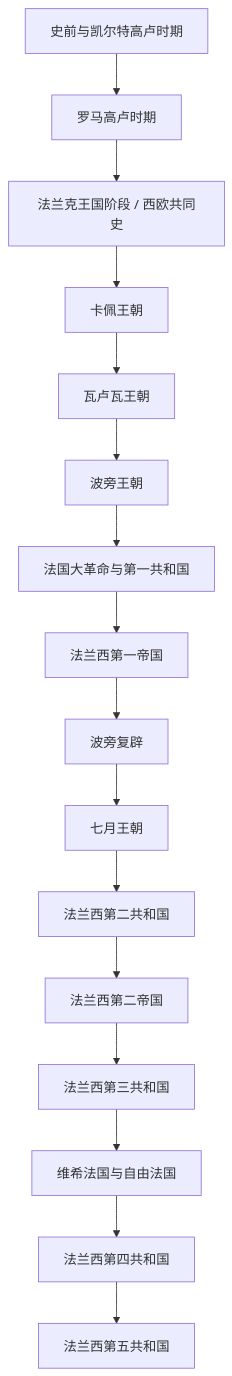
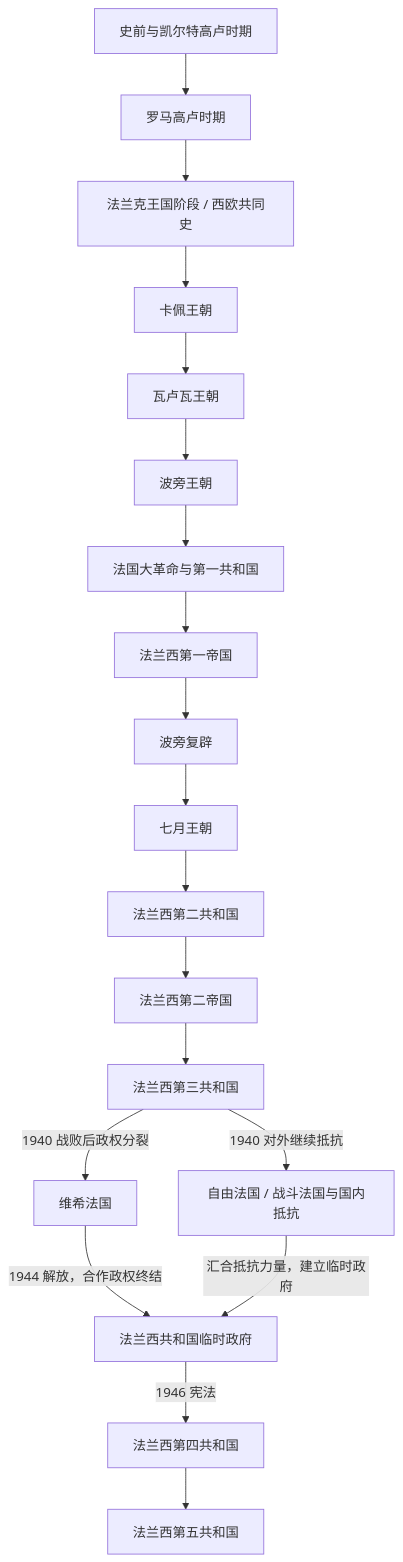
One commit to tianlan-dev/learning-notes changed the diagram in 人文科学/历史/欧洲/法国/README.md. Above: the diagram before and after it, drawn with Mermaid. The commit also changed other lines of this file and 159 other files, not shown here.

````diff
--- a/人文科学/历史/欧洲/法国/README.md
+++ b/人文科学/历史/欧洲/法国/README.md
@@ -7,34 +13,39 @@
 ```mermaid
 flowchart TD
     N0["史前与凯尔特高卢时期"]
     N1["罗马高卢时期"]
     N2["法兰克王国阶段 / 西欧共同史"]
     N3["卡佩王朝"]
     N4["瓦卢瓦王朝"]
     N5["波旁王朝"]
     N6["法国大革命与第一共和国"]
     N7["法兰西第一帝国"]
     N8["波旁复辟"]
     N9["七月王朝"]
     N10["法兰西第二共和国"]
     N11["法兰西第二帝国"]
     N12["法兰西第三共和国"]
-    N13["维希法国与自由法国"]
+    N13V["维希法国"]
+    N13F["自由法国 / 战斗法国与国内抵抗"]
+    N13P["法兰西共和国临时政府"]
     N14["法兰西第四共和国"]
     N15["法兰西第五共和国"]
     N0 --> N1
     N1 --> N2
     N2 --> N3
     N3 --> N4
     N4 --> N5
     N5 --> N6
     N6 --> N7
     N7 --> N8
     N8 --> N9
     N9 --> N10
     N10 --> N11
     N11 --> N12
-    N12 --> N13
-    N13 --> N14
+    N12 -->|1940 战败后政权分裂| N13V
+    N12 -->|1940 对外继续抵抗| N13F
+    N13V -->|1944 解放，合作政权终结| N13P
+    N13F -->|汇合抵抗力量，建立临时政府| N13P
+    N13P -->|1946 宪法| N14
     N14 --> N15
 ```
````
